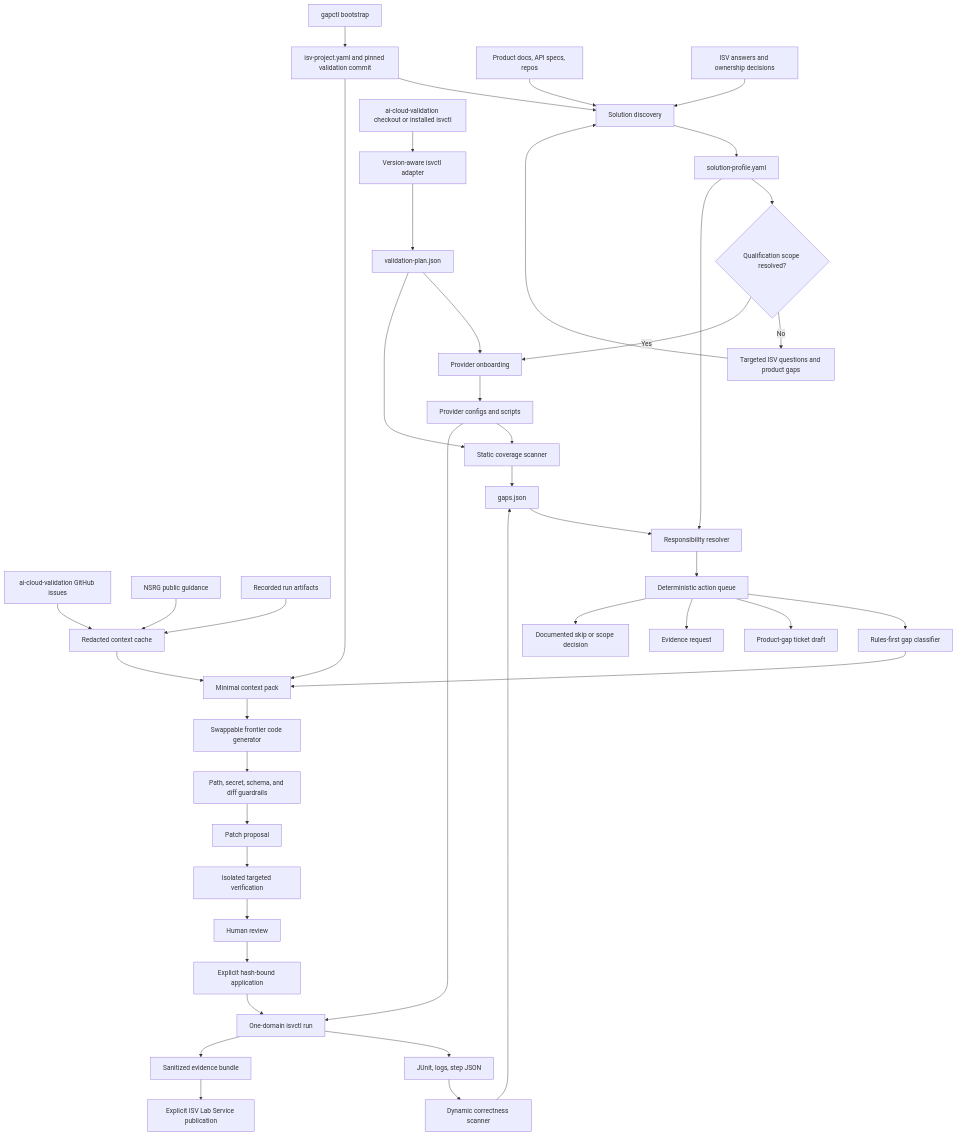
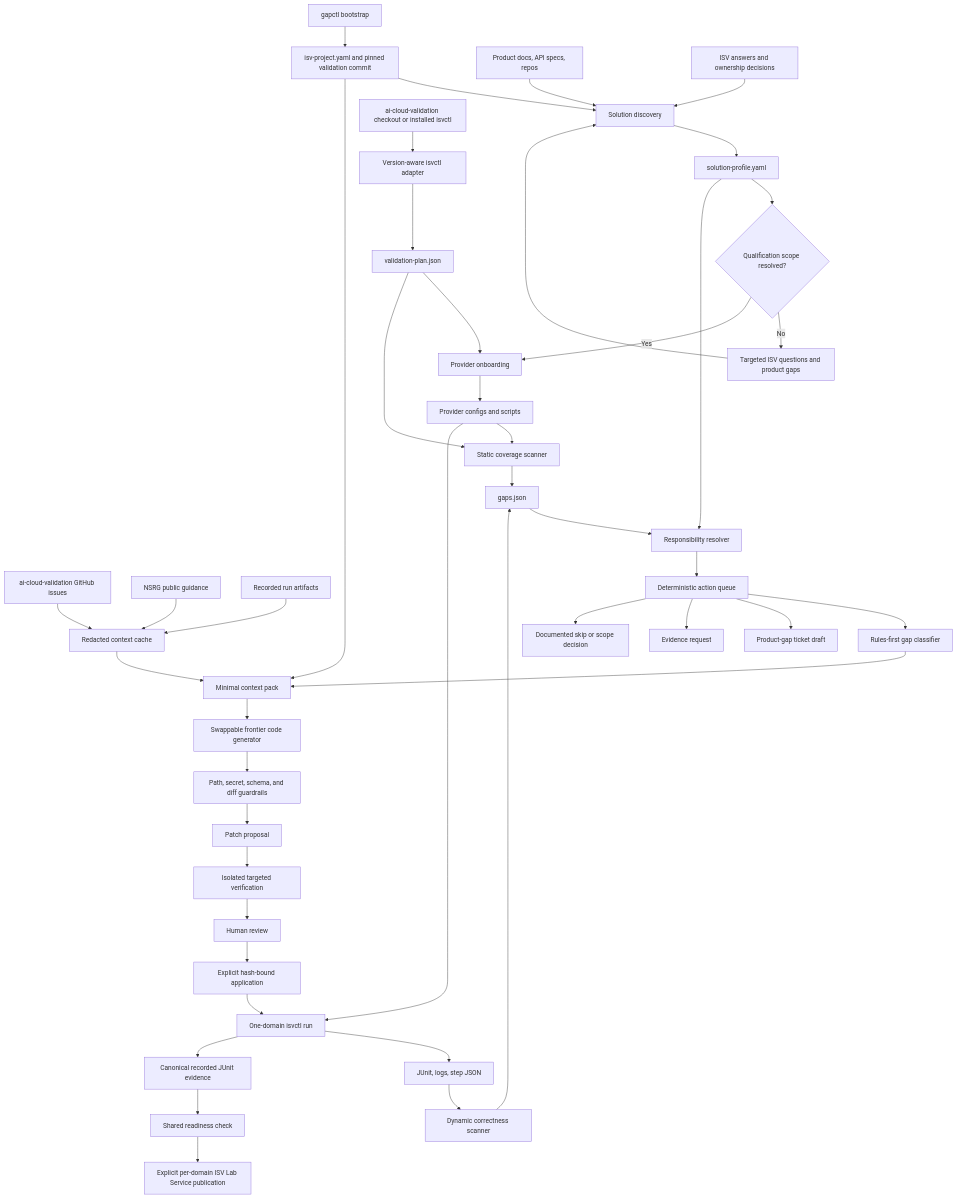
Before and after one commit to Gayatri-K26/isv-readiness: the diagram in docs/architecture.md, drawn with Mermaid. The commit also changed other lines of this file and 13 other files, not shown here.

Commit message:
refactor: publish canonical runs directly

````diff
--- a/docs/architecture.md
+++ b/docs/architecture.md
@@ -15,52 +15,53 @@
 ```mermaid
 flowchart TD
     Bootstrap[gapctl bootstrap] --> Project[isv-project.yaml and pinned validation commit]
     Docs[Product docs, API specs, repos] --> ProfileBuilder[Solution discovery]
     Issues[ai-cloud-validation GitHub issues] --> ContextCache[Redacted context cache]
     NSRG[NSRG public guidance] --> ContextCache
     Runs[Recorded run artifacts] --> ContextCache
     ISV[ISV answers and ownership decisions] --> ProfileBuilder
     Project --> ProfileBuilder
     ProfileBuilder --> Profile[solution-profile.yaml]
 
     ACV[ai-cloud-validation checkout or installed isvctl] --> Adapter[Version-aware isvctl adapter]
     Adapter --> Plan[validation-plan.json]
 
     Profile --> Gate{Qualification scope resolved?}
     Gate -->|No| Questions[Targeted ISV questions and product gaps]
     Questions --> ProfileBuilder
     Gate -->|Yes| Onboard[Provider onboarding]
     Plan --> Onboard
     Onboard --> Provider[Provider configs and scripts]
 
     Provider --> Static[Static coverage scanner]
     Plan --> Static
     Static --> Gaps[gaps.json]
 
     Provider --> Run[One-domain isvctl run]
     Run --> Artifacts[JUnit, logs, step JSON]
     Artifacts --> Dynamic[Dynamic correctness scanner]
     Dynamic --> Gaps
 
     Profile --> Resolver[Responsibility resolver]
     Gaps --> Resolver
     Resolver --> Actions[Deterministic action queue]
 
     Actions --> Classifier[Rules-first gap classifier]
     Classifier --> Context[Minimal context pack]
     ContextCache --> Context
     Project --> Context
     Context --> Generator[Swappable frontier code generator]
     Generator --> Guardrail[Path, secret, schema, and diff guardrails]
     Guardrail --> Patch[Patch proposal]
     Patch --> Verify[Isolated targeted verification]
     Verify --> Human[Human review]
     Human --> Apply[Explicit hash-bound application]
     Apply --> Run
 
     Actions --> Ticket[Product-gap ticket draft]
     Actions --> Evidence[Evidence request]
     Actions --> Skip[Documented skip or scope decision]
-    Run --> Bundle[Sanitized evidence bundle]
-    Bundle --> Publish[Explicit ISV Lab Service publication]
+    Run --> Recorded[Canonical recorded JUnit evidence]
+    Recorded --> Status[Shared readiness check]
+    Status --> Publish[Explicit per-domain ISV Lab Service publication]
 ```
````
